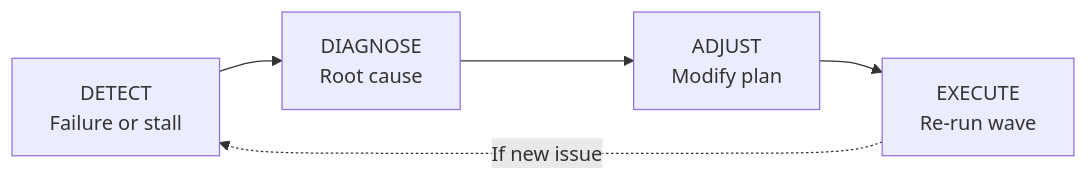
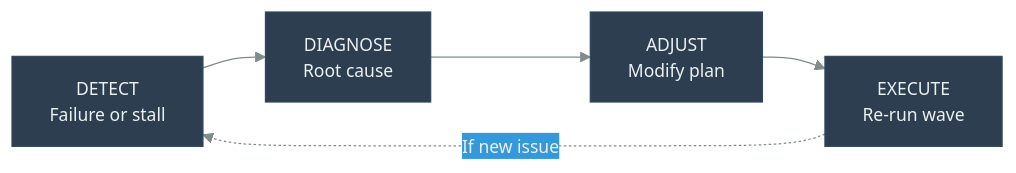
Before and after one commit to danielmeppiel/agentic-sdlc-handbook: the third of 3 diagrams in handbook/ch13-the-execution-meta-process.qmd, drawn with Mermaid. The commit also changed other lines of this file and 20 other files, not shown here.

First line of the commit message:
feat: add accessibility metadata and consistent theme to all 35 diagrams

````diff
--- a/handbook/ch13-the-execution-meta-process.qmd
+++ b/handbook/ch13-the-execution-meta-process.qmd
@@ -247,8 +255,12 @@
 ```{mermaid}
 %%| fig-width: 4.0
+%%| fig-cap: "The ADAPT loop for mid-execution recovery"
+%%| fig-alt: "Left-to-right flowchart showing a four-step recovery cycle: Detect (Failure or stall) flows to Diagnose (Root cause), then to Adjust (Modify plan), then to Execute (Re-run wave). A dashed arrow from Execute loops back to Detect labeled If new issue, forming a continuous recovery cycle that repeats until the wave succeeds."
+%%| label: fig-adapt-loop
+%%{init: {'theme': 'base', 'themeVariables': {'primaryColor': '#2c3e50', 'primaryTextColor': '#ecf0f1', 'primaryBorderColor': '#34495e', 'lineColor': '#7f8c8d', 'secondaryColor': '#3498db', 'tertiaryColor': '#ecf0f1', 'fontSize': '14px'}}}%%
 flowchart LR
     D["DETECT<br/>Failure or stall"] --> DG["DIAGNOSE<br/>Root cause"]
     DG --> A["ADJUST<br/>Modify plan"]
     A --> E["EXECUTE<br/>Re-run wave"]
     E -.->|"If new issue"| D
 ```
````
